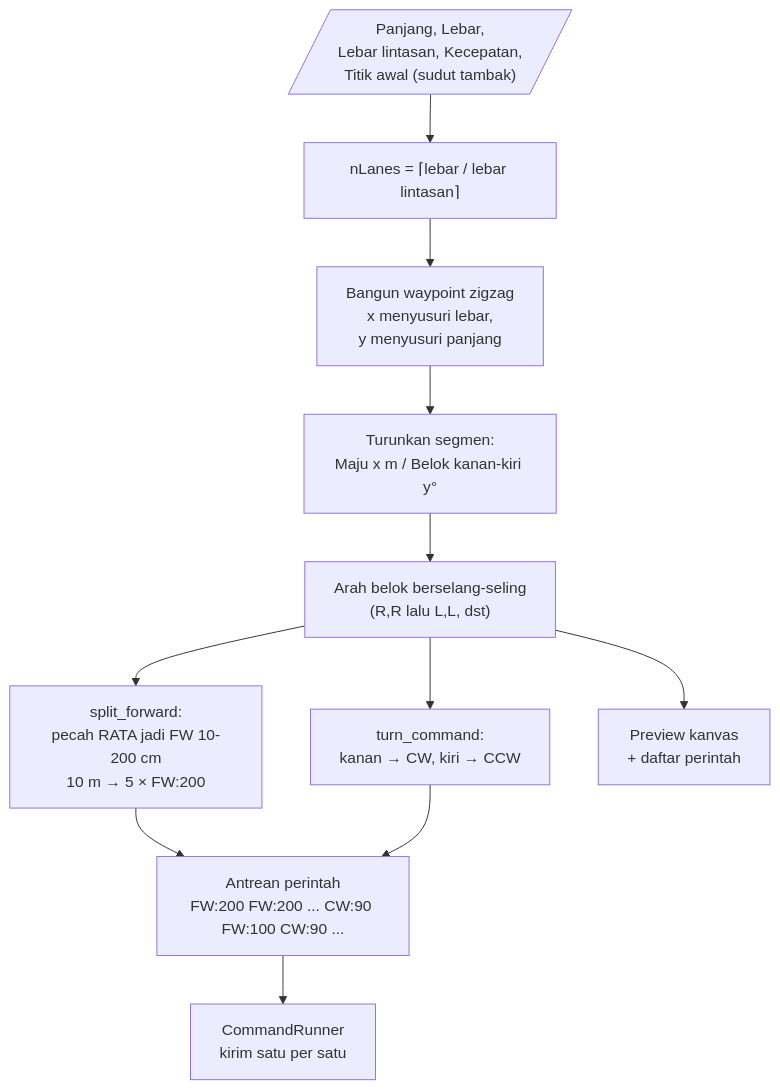
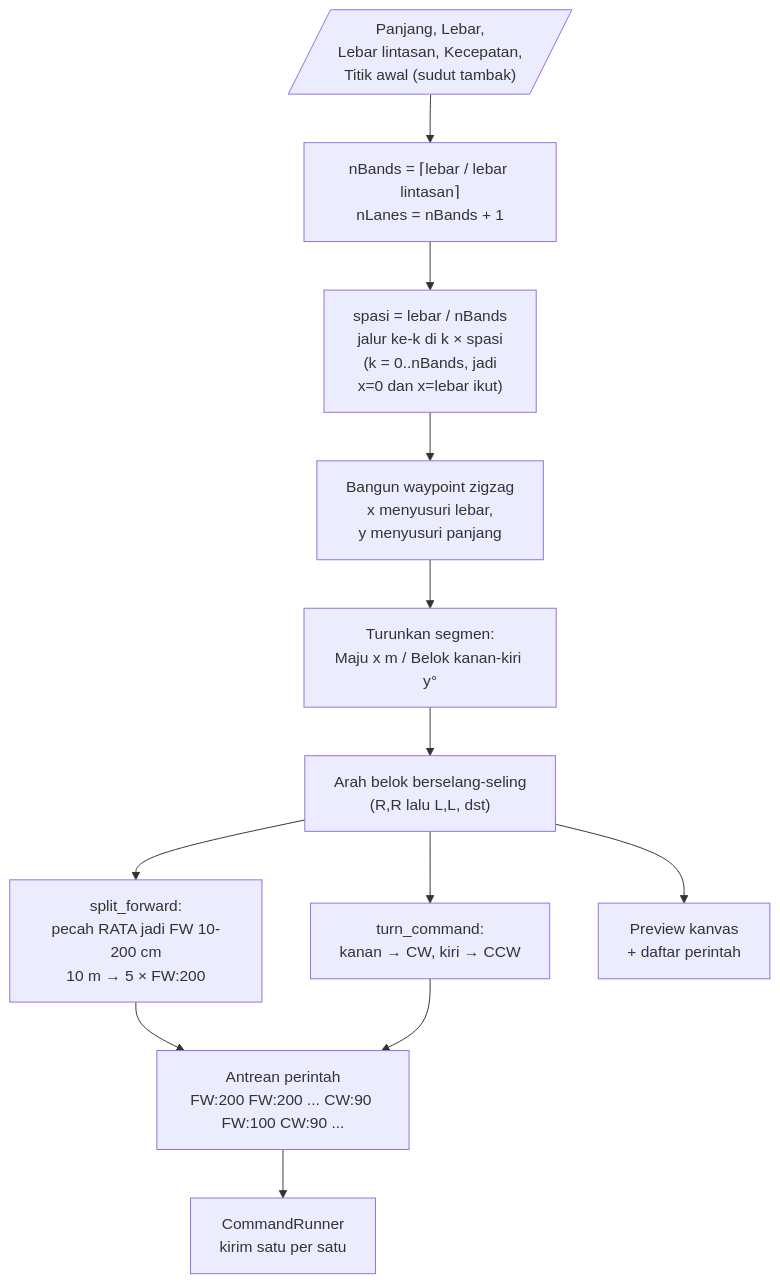
The eighth of 9 diagrams in flowchart.md (Xhorn7/Skripsi-PENGEMBANGAN-ROBOT-AKUATIK-UNTUK-FEEDER-OTOMATIS-DI-TAMBAK), drawn with Mermaid before and after one commit. The commit also changed other lines of this file and 24 other files, not shown here.

````diff
--- a/flowchart.md
+++ b/flowchart.md
@@ -249,13 +249,14 @@
 ```mermaid
 flowchart TD
-    IN[/"Panjang, Lebar,<br/>Lebar lintasan, Kecepatan,<br/>Titik awal (sudut tambak)"/] --> N["nLanes = ⌈lebar / lebar lintasan⌉"]
-    N --> WP["Bangun waypoint zigzag<br/>x menyusuri lebar,<br/>y menyusuri panjang"]
+    IN[/"Panjang, Lebar,<br/>Lebar lintasan, Kecepatan,<br/>Titik awal (sudut tambak)"/] --> N["nBands = ⌈lebar / lebar lintasan⌉<br/>nLanes = nBands + 1"]
+    N --> SP["spasi = lebar / nBands<br/>jalur ke-k di k × spasi<br/>(k = 0..nBands, jadi<br/>x=0 dan x=lebar ikut)"]
+    SP --> WP["Bangun waypoint zigzag<br/>x menyusuri lebar,<br/>y menyusuri panjang"]
     WP --> SEG["Turunkan segmen:<br/>Maju x m / Belok kanan-kiri y°"]
     SEG --> DIR["Arah belok berselang-seling<br/>(R,R lalu L,L, dst)"]
     DIR --> SPLIT["split_forward:<br/>pecah RATA jadi FW 10-200 cm<br/>10 m → 5 × FW:200"]
     DIR --> TURN["turn_command:<br/>kanan → CW, kiri → CCW"]
     SPLIT --> OUT2
     TURN --> OUT2["Antrean perintah<br/>FW:200 FW:200 ... CW:90 FW:100 CW:90 ..."]
     DIR --> OUT1[Preview kanvas<br/>+ daftar perintah]
     OUT2 --> RUNNER[CommandRunner<br/>kirim satu per satu]
 ```
````
